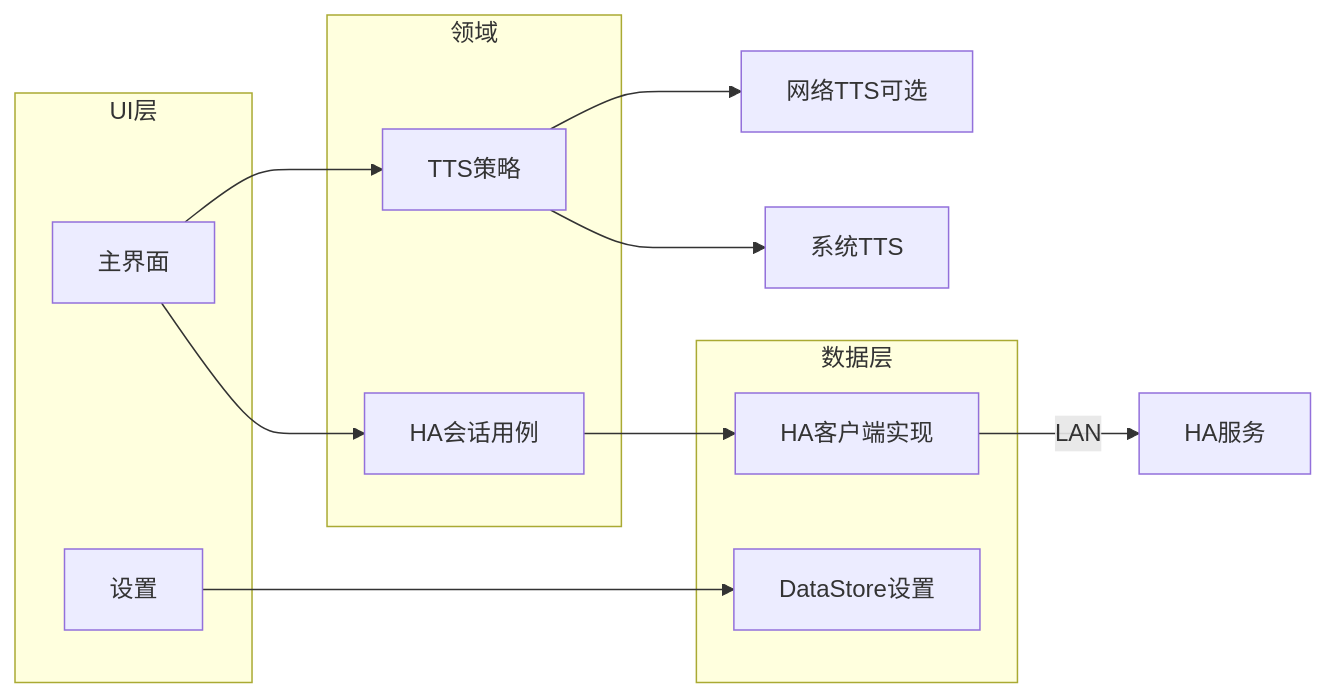
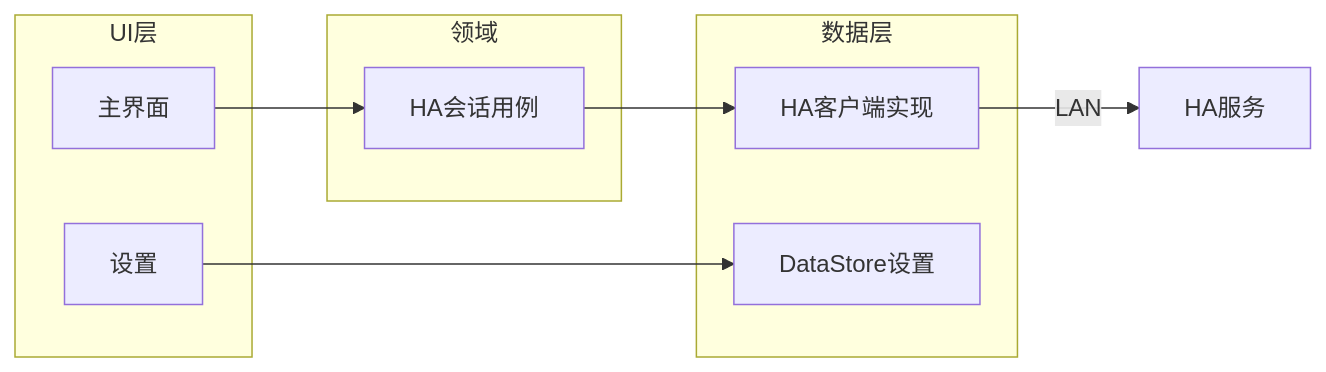
One commit to vincent7f/Chat2Hermes changed the diagram in docs/ARCHITECTURE.md. Above: the diagram before and after it, drawn with Mermaid. The commit also changed other lines of this file and 16 other files, not shown here.

First line of the commit message:
[Cursor] Remove TTS: settings, MainViewModel, delete TtsManager, update docs

````diff
--- a/docs/ARCHITECTURE.md
+++ b/docs/ARCHITECTURE.md
@@ -74,22 +61,18 @@
 ```mermaid
 flowchart LR
   subgraph ui [UI层]
     MainScreen[主界面]
     SettingsScreen[设置]
   end
   subgraph domain [领域]
     HaSession[HA会话用例]
-    TtsPolicy[TTS策略]
   end
   subgraph data [数据层]
     HaClient[HA客户端实现]
     Prefs[DataStore设置]
   end
   MainScreen --> HaSession
-  MainScreen --> TtsPolicy
   SettingsScreen --> Prefs
   HaSession --> HaClient
-  TtsPolicy --> SystemTTS[系统TTS]
-  TtsPolicy --> NetworkTTS[网络TTS可选]
   HaClient -->|"LAN"| HaServer[HA服务]
 ```
````
